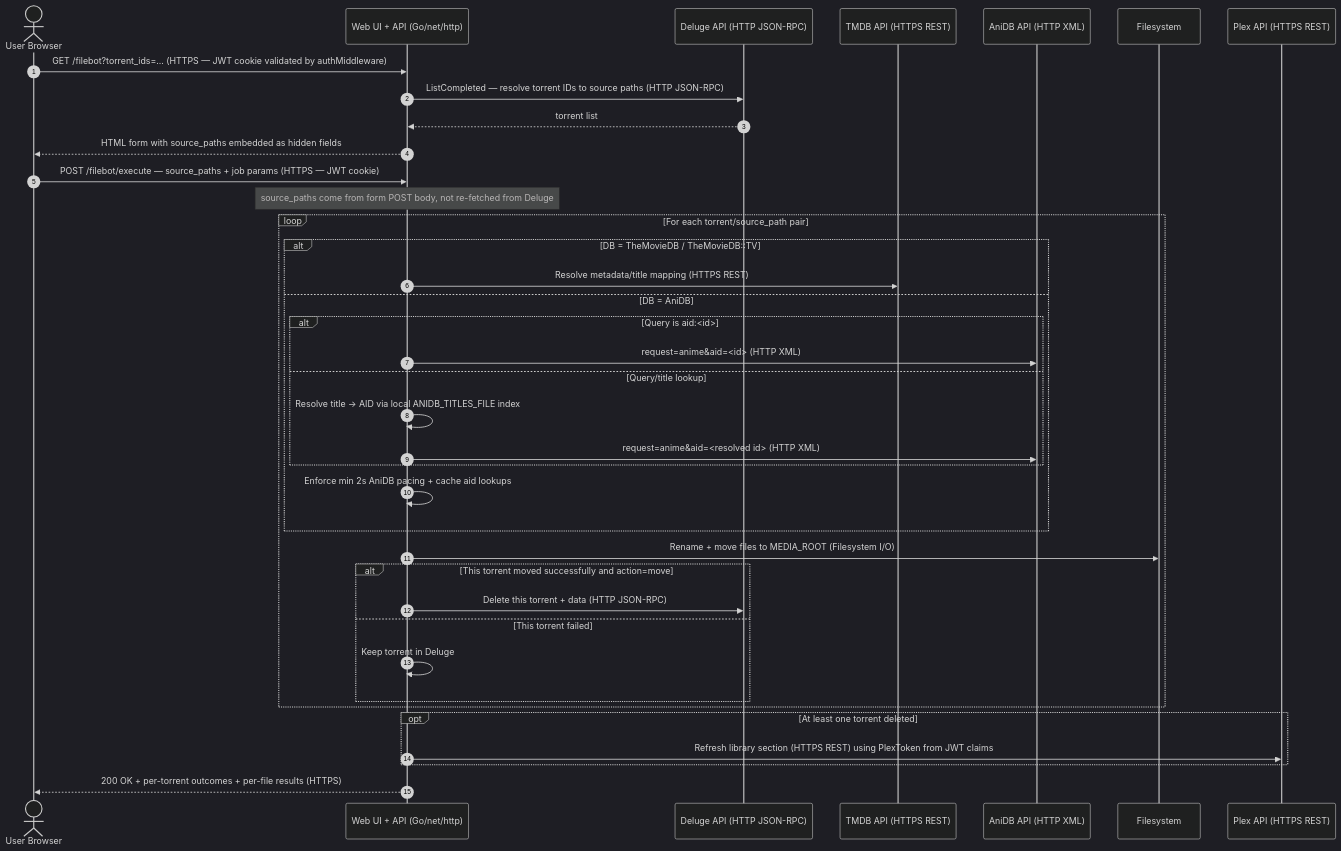
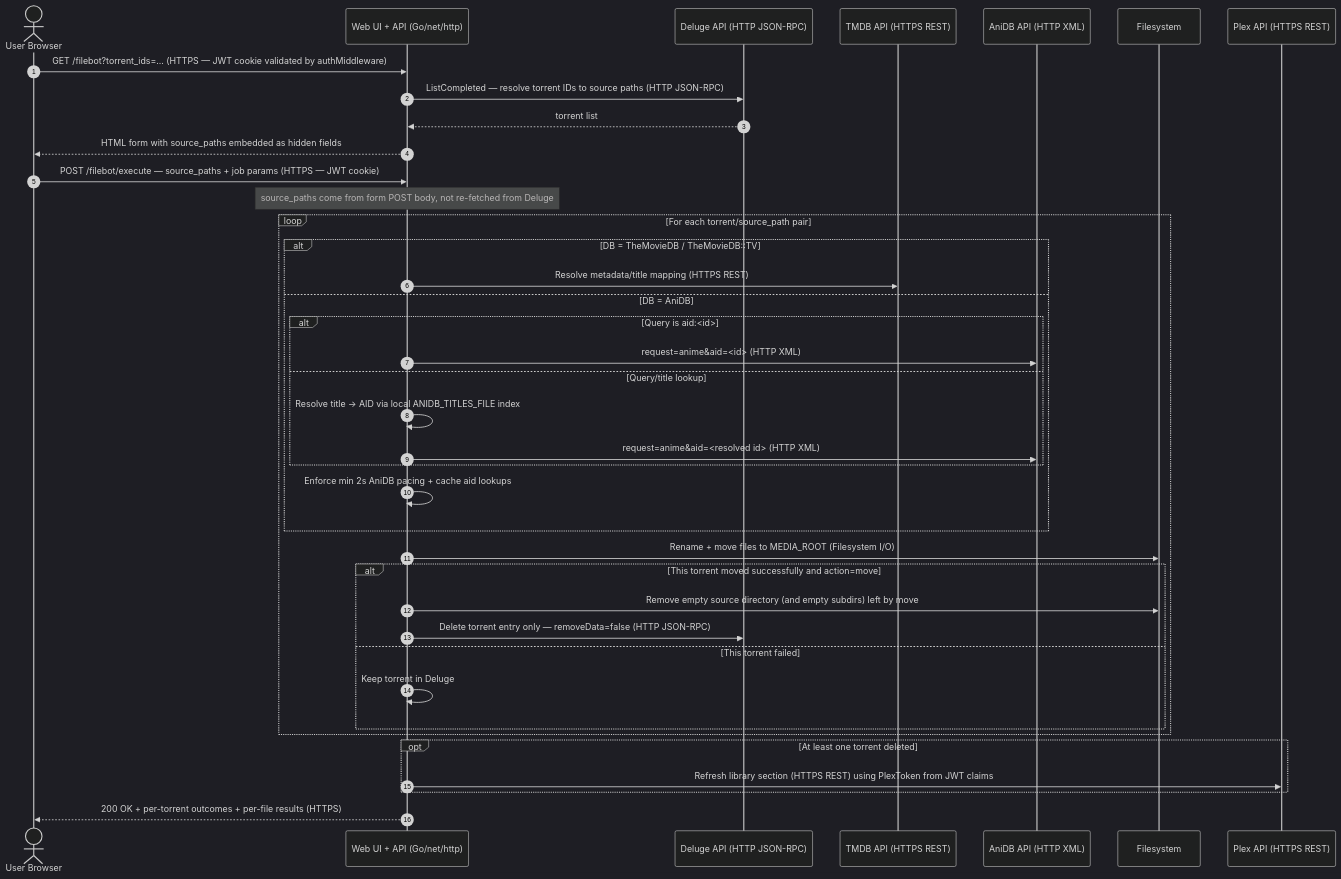
One commit to darknessnerd/filebot-webui changed the second of 3 diagrams in doc/architecture.md. Above: the diagram before and after it, drawn with Mermaid (dark theme). The commit also changed other lines of this file and 4 other files, not shown here.

Commit message:
fix: deluge delete error on success move

````diff
--- a/doc/architecture.md
+++ b/doc/architecture.md
@@ -41,42 +41,43 @@
 ```mermaid
 sequenceDiagram
   autonumber
   actor User as User Browser
   participant API as Web UI + API (Go/net/http)
   participant Deluge as Deluge API (HTTP JSON-RPC)
   participant TMDB as TMDB API (HTTPS REST)
   participant AniDB as AniDB API (HTTP XML)
   participant FS as Filesystem
   participant Plex as Plex API (HTTPS REST)
 
   User->>API: GET /filebot?torrent_ids=... (HTTPS — JWT cookie validated by authMiddleware)
   API->>Deluge: ListCompleted — resolve torrent IDs to source paths (HTTP JSON-RPC)
   Deluge-->>API: torrent list
   API-->>User: HTML form with source_paths embedded as hidden fields
 
   User->>API: POST /filebot/execute — source_paths + job params (HTTPS — JWT cookie)
   Note over API: source_paths come from form POST body, not re-fetched from Deluge
   loop For each torrent/source_path pair
     alt DB = TheMovieDB / TheMovieDB::TV
       API->>TMDB: Resolve metadata/title mapping (HTTPS REST)
     else DB = AniDB
       alt Query is aid:<id>
         API->>AniDB: request=anime&aid=<id> (HTTP XML)
       else Query/title lookup
         API->>API: Resolve title -> AID via local ANIDB_TITLES_FILE index
         API->>AniDB: request=anime&aid=<resolved id> (HTTP XML)
       end
       API->>API: Enforce min 2s AniDB pacing + cache aid lookups
     end
     API->>FS: Rename + move files to MEDIA_ROOT (Filesystem I/O)
     alt This torrent moved successfully and action=move
-      API->>Deluge: Delete this torrent + data (HTTP JSON-RPC)
+      API->>FS: Remove empty source directory (and empty subdirs) left by move
+      API->>Deluge: Delete torrent entry only — removeData=false (HTTP JSON-RPC)
     else This torrent failed
       API->>API: Keep torrent in Deluge
     end
   end
   opt At least one torrent deleted
     API->>Plex: Refresh library section (HTTPS REST) using PlexToken from JWT claims
   end
   API-->>User: 200 OK + per-torrent outcomes + per-file results (HTTPS)
 ```
````
